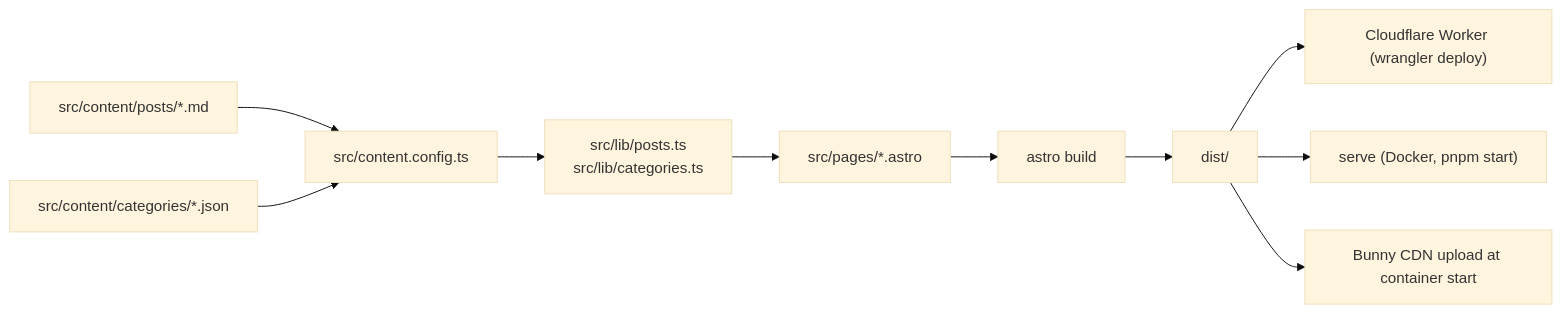
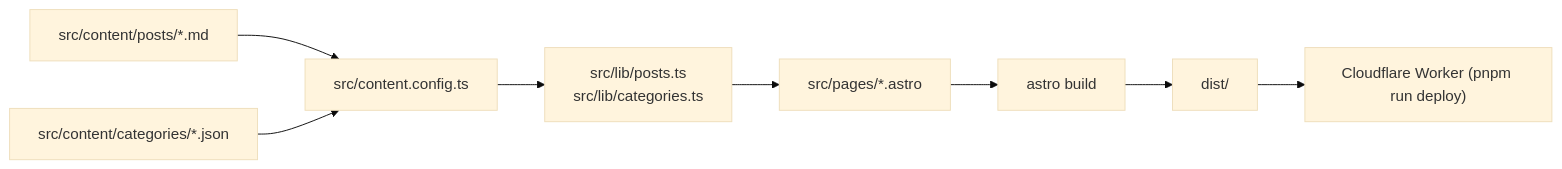
The diagram in README.md (sg208/mindful), drawn with Mermaid (base theme) before and after one commit. The commit also changed other lines of this file and 17 other files, not shown here.

````diff
--- a/README.md
+++ b/README.md
@@ -19,12 +19,10 @@
 ```mermaid
 flowchart LR
   posts["src/content/posts/*.md"] --> schema[src/content.config.ts]
   cats["src/content/categories/*.json"] --> schema
   schema --> helpers["src/lib/posts.ts<br/>src/lib/categories.ts"]
   helpers --> pages["src/pages/*.astro"]
   pages --> build["astro build"]
   build --> dist["dist/"]
-  dist --> worker["Cloudflare Worker (wrangler deploy)"]
-  dist --> serve["serve (Docker, pnpm start)"]
-  dist --> cdn["Bunny CDN upload at container start"]
+  dist --> worker["Cloudflare Worker (pnpm run deploy)"]
 ```
````
